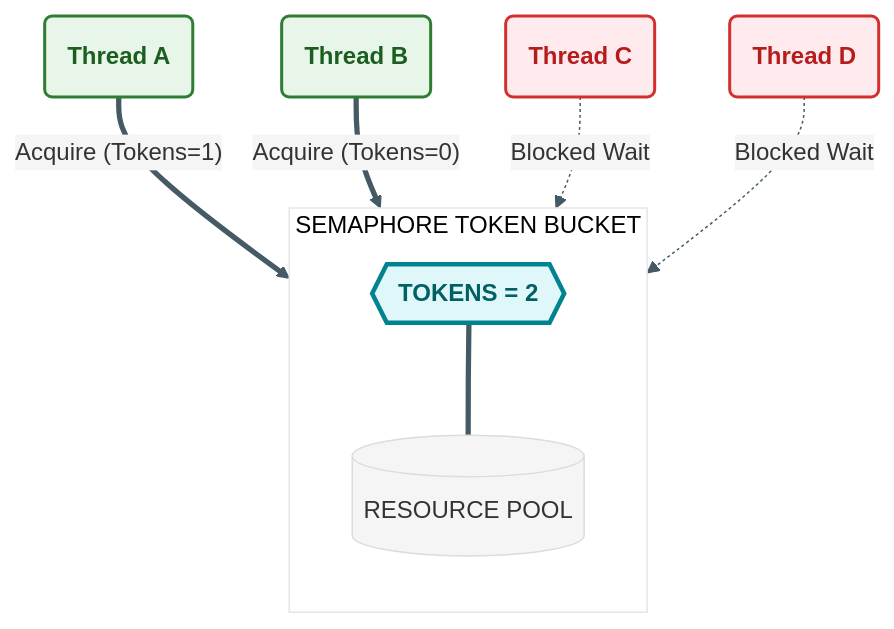
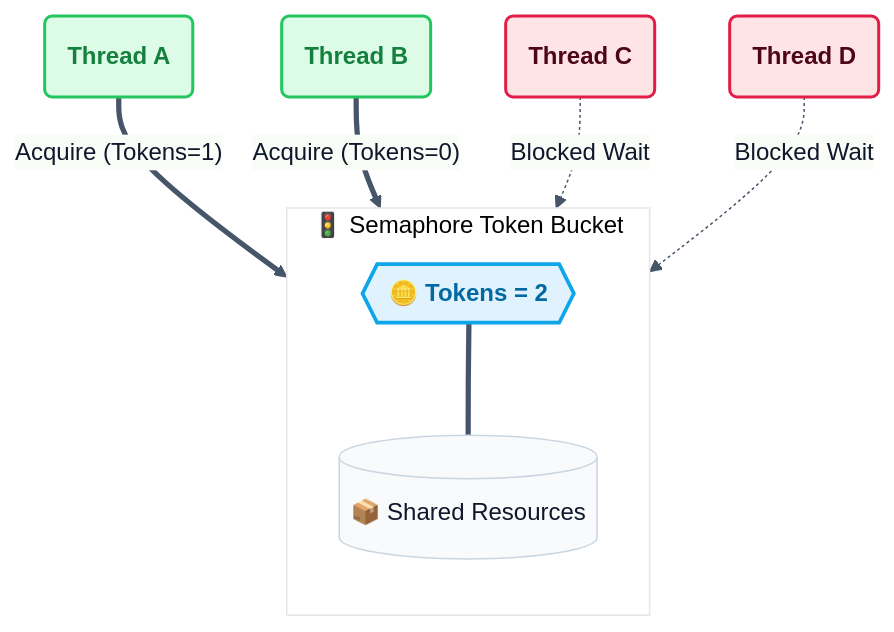
Before and after one commit to RameenAnwar/PDC-SP26-SE: the fifth of 9 diagrams in SyedMuhammadHuzaifaAshrafi-(23FA-035-SE)/Chapter02/README.md, drawn with Mermaid. The commit also changed other lines of this file and 5 other files, not shown here.

````diff
--- a/SyedMuhammadHuzaifaAshrafi-(23FA-035-SE)/Chapter02/README.md
+++ b/SyedMuhammadHuzaifaAshrafi-(23FA-035-SE)/Chapter02/README.md
@@ -614,24 +195,24 @@
 ```mermaid
-%%{init: {'theme': 'base', 'themeVariables': { 'lineColor': '#455A64', 'primaryColor': '#F5F5F5' }}}%%
+%%{init: {'theme': 'base', 'themeVariables': { 'lineColor': '#475569', 'primaryColor': '#f8fafc', 'primaryTextColor': '#0f172a', 'primaryBorderColor': '#cbd5e1' }}}%%
 flowchart TD
-    %% Pro Max Semaphore Visual
-    classDef sem fill:#E0F7FA,stroke:#00838F,stroke-width:3px,color:#006064,font-weight:bold
-    classDef pass fill:#E8F5E9,stroke:#2E7D32,stroke-width:2px,color:#1B5E20,font-weight:bold
-    classDef block fill:#FFEBEE,stroke:#D32F2F,stroke-width:2px,color:#B71C1C,font-weight:bold
+    %% Premium Semaphore Visual
+    classDef sem fill:#e0f2fe,stroke:#0ea5e9,stroke-width:2.5px,color:#0369a1,font-weight:bold
+    classDef pass fill:#dcfce7,stroke:#22c55e,stroke-width:2px,color:#15803d,font-weight:bold
+    classDef block fill:#ffe4e6,stroke:#e11d48,stroke-width:2px,color:#4c0519,font-weight:bold
 
-    subgraph SEMAPHORE_BUCKET [SEMAPHORE TOKEN BUCKET]
+    subgraph SEMAPHORE_BUCKET ["🚦 Semaphore Token Bucket"]
         direction TB
-        Bucket{{TOKENS = 2}}
-        Resource[(RESOURCE POOL)]
+        Bucket{{"🪙 Tokens = 2"}}
+        Resource[("📦 Shared Resources")]
         Bucket === Resource
     end
 
-    T1(Thread A) == "Acquire (Tokens=1)" ==> Bucket
-    T2(Thread B) == "Acquire (Tokens=0)" ==> Bucket
-    T3(Thread C) -. "Blocked Wait" .-> Bucket
-    T4(Thread D) -. "Blocked Wait" .-> Bucket
+    T1("Thread A") == "Acquire (Tokens=1)" ==> Bucket
+    T2("Thread B") == "Acquire (Tokens=0)" ==> Bucket
+    T3("Thread C") -. "Blocked Wait" .-> Bucket
+    T4("Thread D") -. "Blocked Wait" .-> Bucket
 
     class Bucket sem
     class T1,T2 pass
     class T3,T4 block
 ```
````
